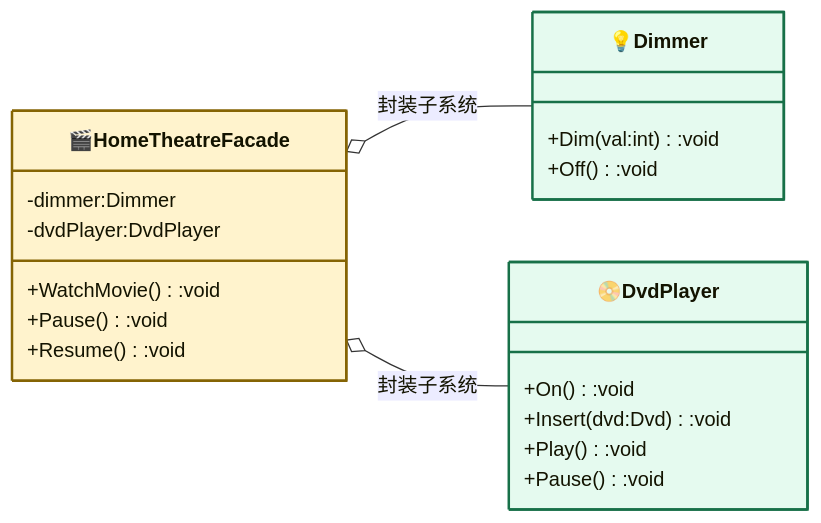
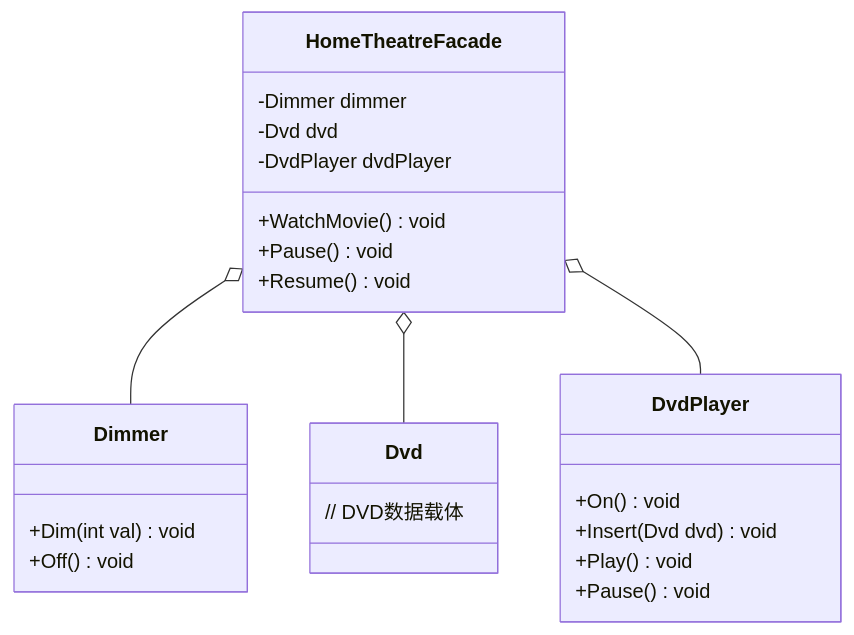
The second of 2 diagrams in FacadePattern/README.md (hollson/design_patterns), drawn with Mermaid before and after one commit. The commit also changed other lines of this file and 19 other files, not shown here.

````diff
--- a/FacadePattern/README.md
+++ b/FacadePattern/README.md
@@ -19,30 +45,28 @@
 ```mermaid
-%%{init: {"classDiagram": {"useMarkdownLabels": true}} }%%
 classDiagram
-    direction LR
-
-    class Facade["🎬HomeTheatreFacade"]:::contextCls{
-        -dimmer:Dimmer
-        -dvdPlayer:DvdPlayer
-        +WatchMovie():void
-        +Pause():void
-        +Resume():void
+    class HomeTheatreFacade {
+        -Dimmer dimmer
+        -Dvd dvd
+        -DvdPlayer dvdPlayer
+        +WatchMovie() void
+        +Pause() void
+        +Resume() void
     }
-    class Subsystem1["💡Dimmer"]:::concreteCls{
-        +Dim(val:int):void
-        +Off():void
+    class Dimmer {
+        +Dim(int val) void
+        +Off() void
     }
-    class Subsystem2["📀DvdPlayer"]:::concreteCls{
-        +On():void
-        +Insert(dvd:Dvd):void
-        +Play():void
-        +Pause():void
+    class Dvd {
+        // DVD数据载体
+    }
+    class DvdPlayer {
+        +On() void
+        +Insert(Dvd dvd) void
+        +Play() void
+        +Pause() void
     }
 
-    Facade o-- Subsystem1 : 封装子系统
-    Facade o-- Subsystem2 : 封装子系统
-
-    classDef contextCls fill:#fff3cd,stroke:#856404,stroke-width:2px
-    classDef strategyCls fill:#f3e5ff,stroke:#6b2d91,stroke-width:2px
-    classDef concreteCls fill:#e5faef,stroke:#177048,stroke-width:2px
+    HomeTheatreFacade o-- Dimmer
+    HomeTheatreFacade o-- Dvd
+    HomeTheatreFacade o-- DvdPlayer
 ```
````
